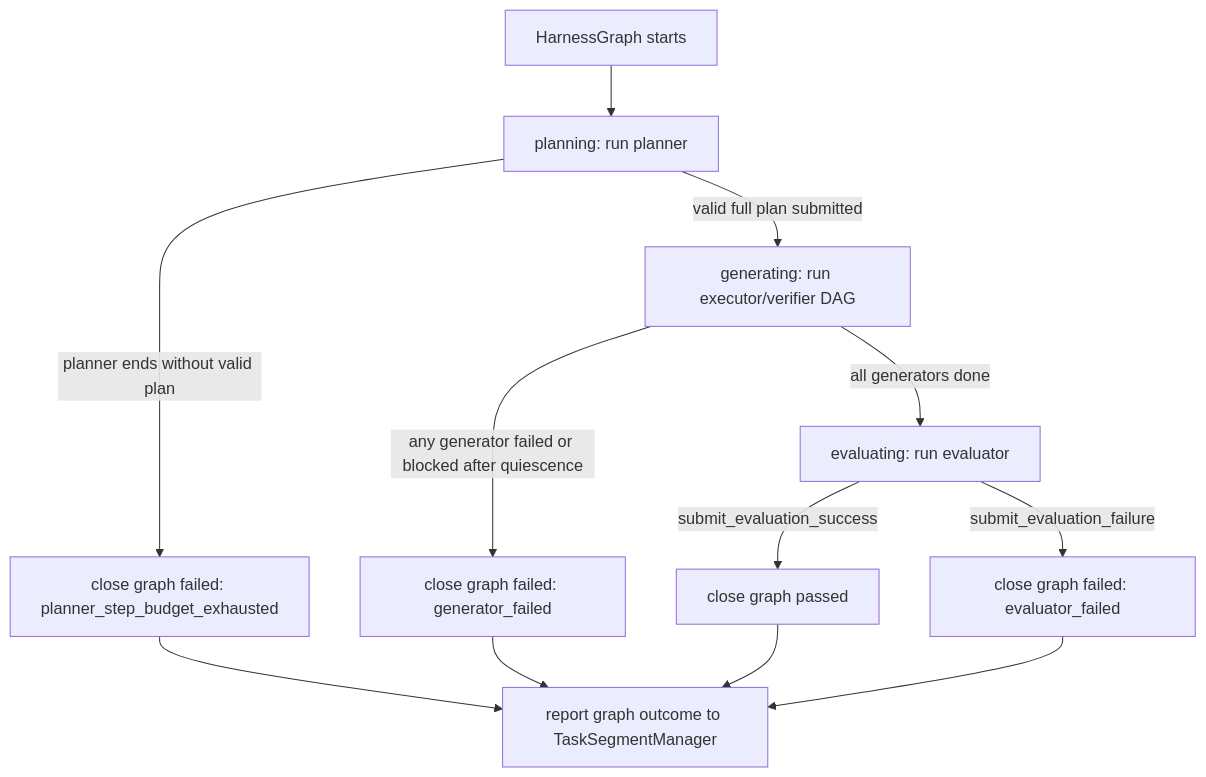
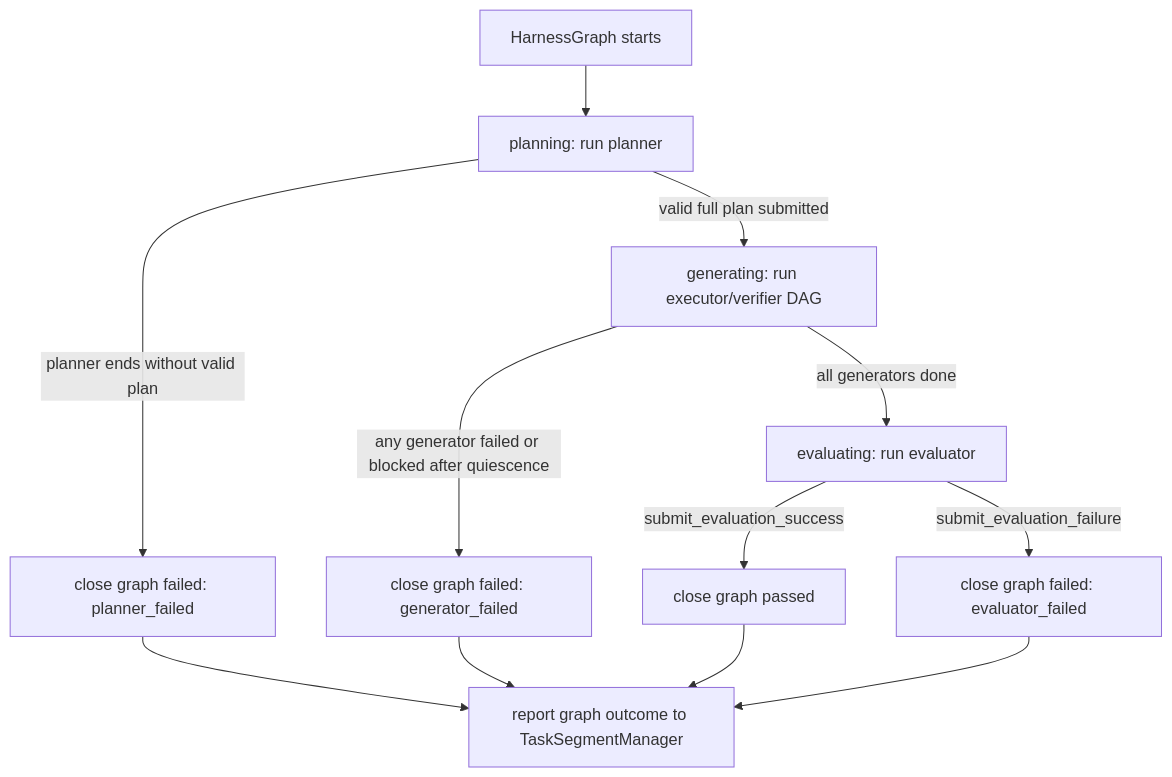
One commit to Ephemeral-AI-Lab/ephemeral-os changed the third of 9 diagrams in docs/architecture/task-center-harness-migration/complex-task-workflow-overview.md. Above: the diagram before and after it, drawn with Mermaid. The commit also changed 564 other files, not shown here.

Commit message:
feat: implement harness graph runtime

````diff
--- a/docs/architecture/task-center-harness-migration/complex-task-workflow-overview.md
+++ b/docs/architecture/task-center-harness-migration/complex-task-workflow-overview.md
@@ -83,14 +83,14 @@
 ```mermaid
 flowchart TD
     Start["HarnessGraph starts"] --> Plan["planning: run planner"]
     Plan -->|"valid full plan submitted"| Gen["generating: run executor/verifier DAG"]
-    Plan -->|"planner ends without valid plan"| PlannerFail["close graph failed: planner_step_budget_exhausted"]
+    Plan -->|"planner ends without valid plan"| PlannerFail["close graph failed: planner_failed"]
     Gen -->|"any generator failed or blocked after quiescence"| GenFail["close graph failed: generator_failed"]
     Gen -->|"all generators done"| Eval["evaluating: run evaluator"]
     Eval -->|"submit_evaluation_success"| Passed["close graph passed"]
     Eval -->|"submit_evaluation_failure"| EvalFail["close graph failed: evaluator_failed"]
     PlannerFail --> Segment["report graph outcome to TaskSegmentManager"]
     GenFail --> Segment
     Passed --> Segment
     EvalFail --> Segment
 ```
````
